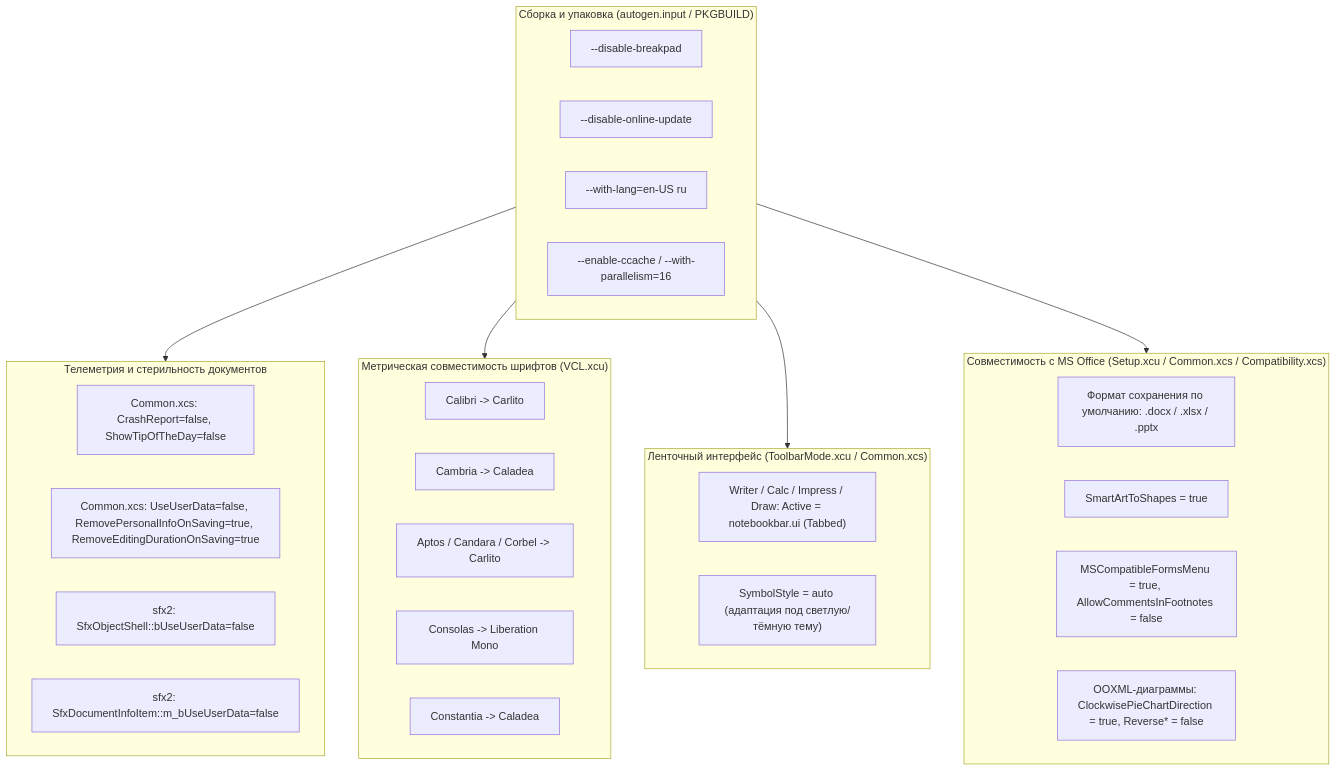
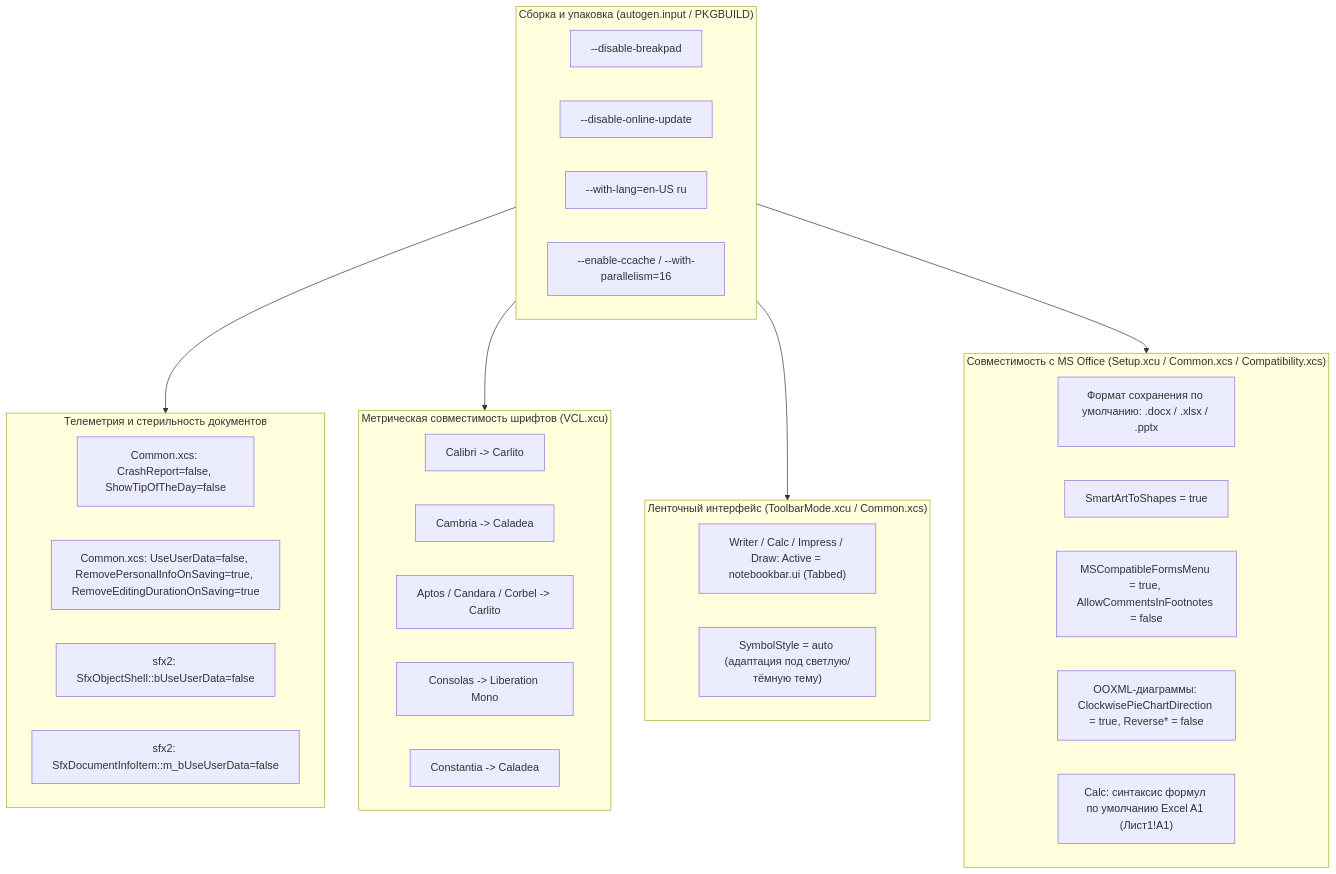
One commit to Utkautka1/libreoffice-mscompat_-fork- changed the diagram in docs/UML.md. Above: the diagram before and after it, drawn with Mermaid. The commit also changed 3 other files, not shown here.

Commit message:
feat(calc): default formula and string-ref syntax to Excel A1

````diff
--- a/docs/UML.md
+++ b/docs/UML.md
@@ -5,41 +5,42 @@
 ```mermaid
 flowchart TD
     subgraph Build["Сборка и упаковка (autogen.input / PKGBUILD)"]
         A1["--disable-breakpad"]
         A2["--disable-online-update"]
         A3["--with-lang=en-US ru"]
         A4["--enable-ccache / --with-parallelism=16"]
     end
 
     subgraph Privacy["Телеметрия и стерильность документов"]
         P1["Common.xcs: CrashReport=false, ShowTipOfTheDay=false"]
         P2["Common.xcs: UseUserData=false, RemovePersonalInfoOnSaving=true, RemoveEditingDurationOnSaving=true"]
         P3["sfx2: SfxObjectShell::bUseUserData=false"]
         P4["sfx2: SfxDocumentInfoItem::m_bUseUserData=false"]
     end
 
     subgraph Fonts["Метрическая совместимость шрифтов (VCL.xcu)"]
         F1["Calibri -> Carlito"]
         F2["Cambria -> Caladea"]
         F3["Aptos / Candara / Corbel -> Carlito"]
         F4["Consolas -> Liberation Mono"]
         F5["Constantia -> Caladea"]
     end
 
     subgraph UI["Ленточный интерфейс (ToolbarMode.xcu / Common.xcs)"]
         U1["Writer / Calc / Impress / Draw: Active = notebookbar.ui (Tabbed)"]
         U2["SymbolStyle = auto (адаптация под светлую/тёмную тему)"]
     end
 
     subgraph MSCompat["Совместимость с MS Office (Setup.xcu / Common.xcs / Compatibility.xcs)"]
         M1["Формат сохранения по умолчанию: .docx / .xlsx / .pptx"]
         M2["SmartArtToShapes = true"]
         M3["MSCompatibleFormsMenu = true, AllowCommentsInFootnotes = false"]
         M4["OOXML-диаграммы: ClockwisePieChartDirection = true, Reverse* = false"]
+        M5["Calc: синтаксис формул по умолчанию Excel A1 (Лист1!A1)"]
     end
 
     Build --> Privacy
     Build --> Fonts
     Build --> UI
     Build --> MSCompat
 ```
````
